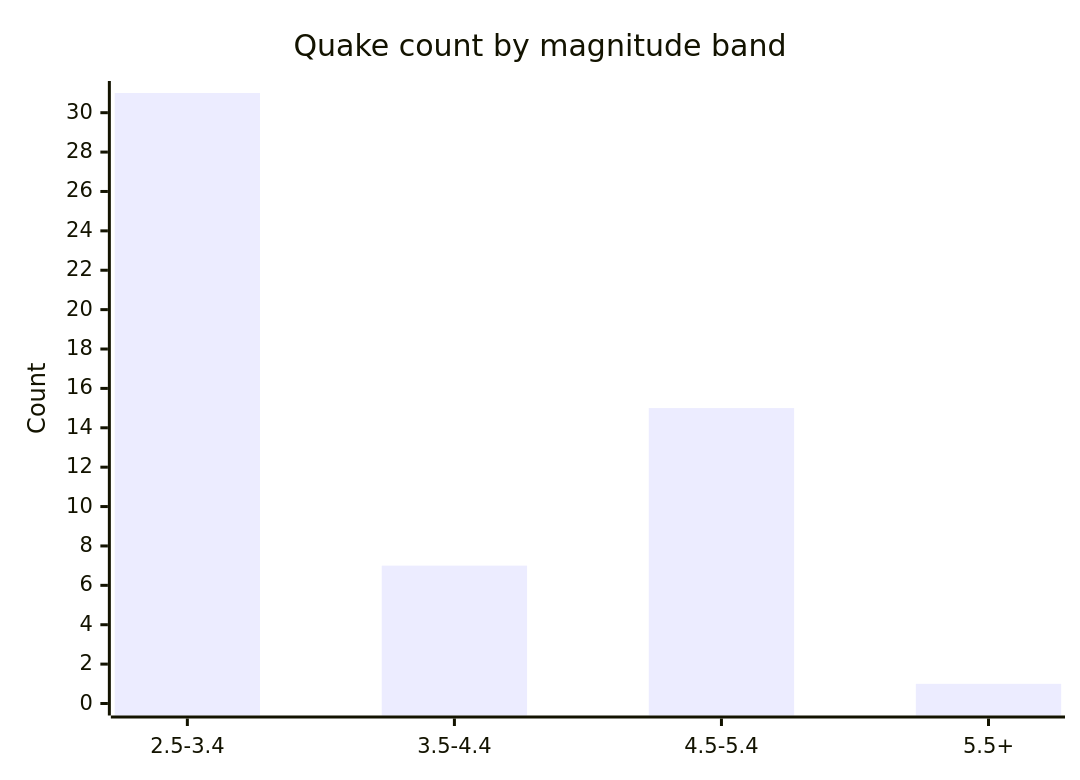
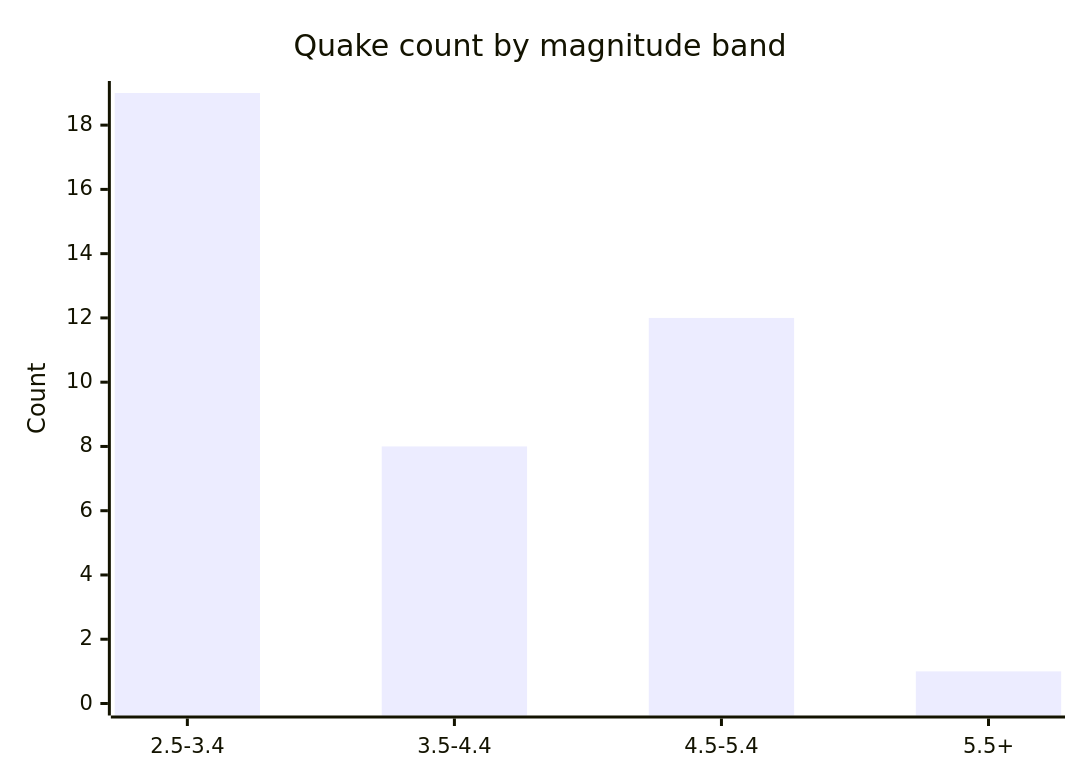
Before and after one commit to Midwest-Stratospheric/aerostratospheric-defense-gir: the fifth of 6 diagrams in docs/GRAPHS.md, drawn with Mermaid. The commit also changed other lines of this file and 23 other files, not shown here.

````diff
--- a/docs/GRAPHS.md
+++ b/docs/GRAPHS.md
@@ -82,7 +82,7 @@
 ```mermaid
 xychart-beta
   title "Quake count by magnitude band"
   x-axis ["2.5-3.4", "3.5-4.4", "4.5-5.4", "5.5+"]
-  y-axis "Count" 0 --> 31
-  bar [31, 7, 15, 1]
+  y-axis "Count" 0 --> 19
+  bar [19, 8, 12, 1]
 ```
````
